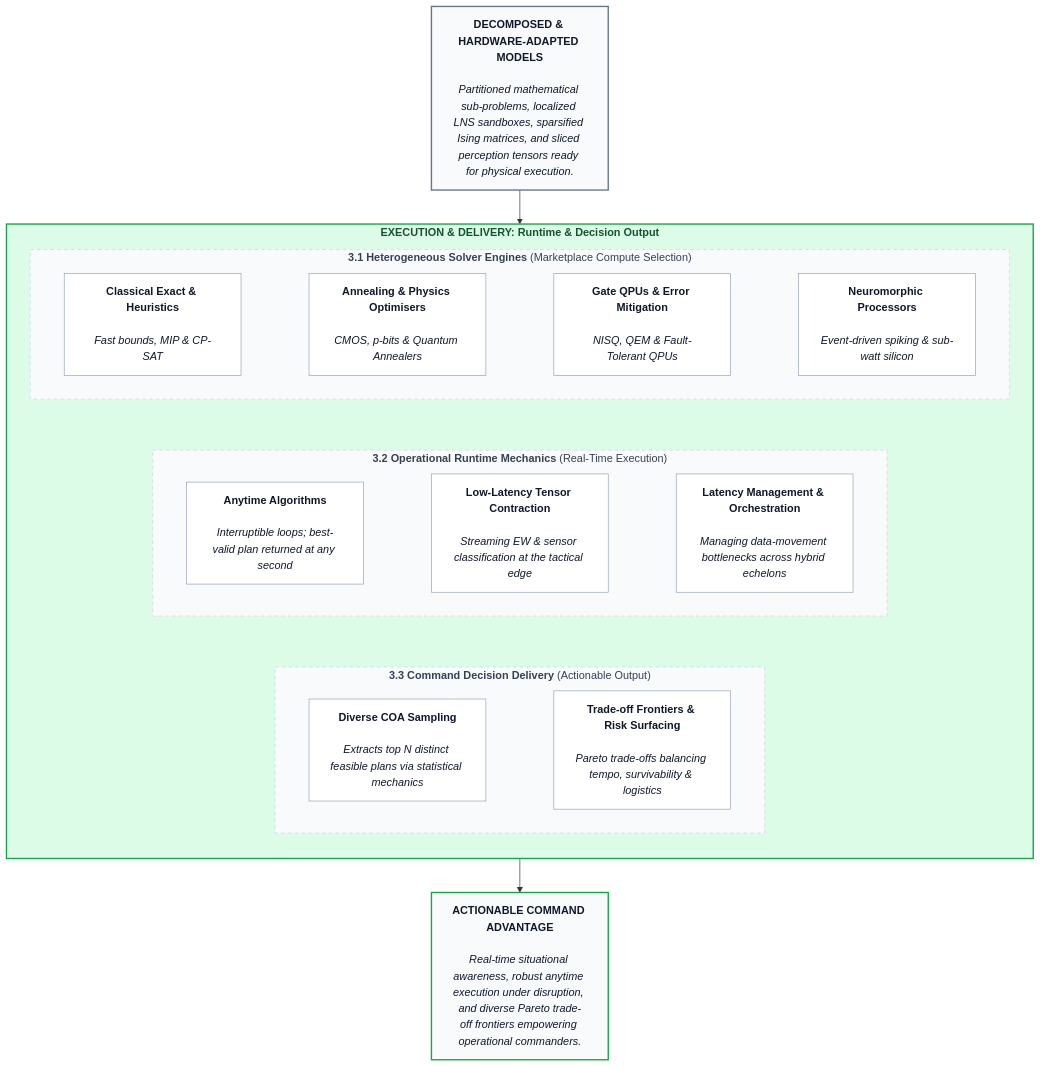
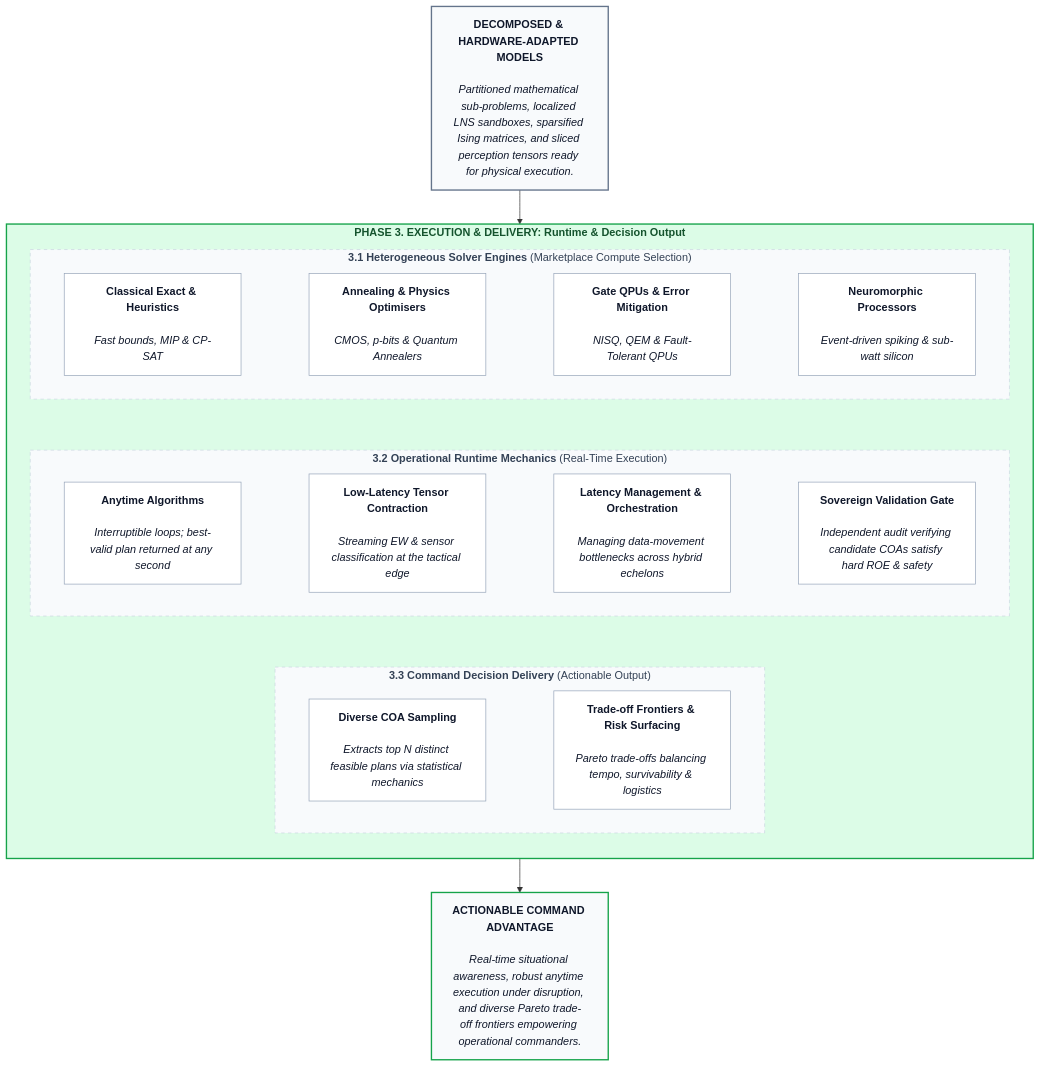
One commit to baddogdown/knowledge changed the sixth of 6 diagrams in quantum/The_Emergent_Algorithmic_Bridge.md. Above: the diagram before and after it, drawn with Mermaid. The commit also changed other lines of this file, not shown here.

Commit message:
Updates to 3 phase algo bridge

````diff
--- a/quantum/The_Emergent_Algorithmic_Bridge.md
+++ b/quantum/The_Emergent_Algorithmic_Bridge.md
@@ -856,64 +857,66 @@
 ```mermaid
 flowchart TB
 
     INBOUND["<b>DECOMPOSED & HARDWARE-ADAPTED MODELS</b><br/><br/><i>Partitioned mathematical sub-problems, localized LNS sandboxes, sparsified Ising matrices, and sliced perception tensors ready for physical execution.</i>"]
     
     OUTBOUND["<b>ACTIONABLE COMMAND ADVANTAGE</b><br/><br/><i>Real-time situational awareness, robust anytime execution under disruption, and diverse Pareto trade-off frontiers empowering operational commanders.</i>"]
 
-    subgraph EXEC_DELIVERY ["<b>EXECUTION & DELIVERY: Runtime & Decision Output</b>"]
+    subgraph EXEC_DELIVERY ["<b>PHASE 3. EXECUTION & DELIVERY: Runtime & Decision Output</b>"]
         direction TB
 
         %% Row 1: Section 3.1 Bullets (Compute Selection)
         subgraph SEC31 ["<b>3.1 Heterogeneous Solver Engines</b> (Marketplace Compute Selection)"]
             direction LR
             E1["<b>Classical Exact & Heuristics</b><br/><br/><i>Fast bounds, MIP & CP-SAT</i>"]
             E2["<b>Annealing & Physics Optimisers</b><br/><br/><i>CMOS, p-bits & Quantum Annealers</i>"]
             E3["<b>Gate QPUs & Error Mitigation</b><br/><br/><i>NISQ, QEM & Fault-Tolerant QPUs</i>"]
             E4["<b>Neuromorphic Processors</b><br/><br/><i>Event-driven spiking & sub-watt silicon</i>"]
             E1 ~~~ E2 ~~~ E3 ~~~ E4
         end
 
         %% Row 2: Section 3.2 Bullets (Runtime Mechanics)
         subgraph SEC32 ["<b>3.2 Operational Runtime Mechanics</b> (Real-Time Execution)"]
             direction LR
             R1["<b>Anytime Algorithms</b><br/><br/><i>Interruptible loops; best-valid plan returned at any second</i>"]
             R2["<b>Low-Latency Tensor Contraction</b><br/><br/><i>Streaming EW & sensor classification at the tactical edge</i>"]
             R3["<b>Latency Management & Orchestration</b><br/><br/><i>Managing data-movement bottlenecks across hybrid echelons</i>"]
-            R1 ~~~ R2 ~~~ R3
+            R4["<b>Sovereign Validation Gate</b><br/><br/><i>Independent audit verifying candidate COAs satisfy hard ROE & safety</i>"]
+            R1 ~~~ R2 ~~~ R3 ~~~ R4
         end
 
         %% Row 3: Section 3.3 Bullets (Actionable Command Output)
         subgraph SEC33 ["<b>3.3 Command Decision Delivery</b> (Actionable Output)"]
             direction LR
             D1["<b>Diverse COA Sampling</b><br/><br/><i>Extracts top N distinct feasible plans via statistical mechanics</i>"]
             D2["<b>Trade-off Frontiers & Risk Surfacing</b><br/><br/><i>Pareto trade-offs balancing tempo, survivability & logistics</i>"]
             D1 ~~~ D2
         end
 
         SEC31 ~~~ SEC32 ~~~ SEC33
     end
 
     INBOUND --> EXEC_DELIVERY
     EXEC_DELIVERY --> OUTBOUND
 
     %% Styling
     style INBOUND fill:#f8fafc,stroke:#64748b,stroke-width:2px,color:#0f172a
     style OUTBOUND fill:#f8fafc,stroke:#16a34a,stroke-width:2px,color:#0f172a
 
     style EXEC_DELIVERY fill:#dcfce7,stroke:#16a34a,stroke-width:2px,color:#14532d
     style SEC31 fill:#f8fafc,stroke:#cbd5e1,stroke-width:1px,stroke-dasharray: 5 5,color:#334155
     style SEC32 fill:#f8fafc,stroke:#cbd5e1,stroke-width:1px,stroke-dasharray: 5 5,color:#334155
     style SEC33 fill:#f8fafc,stroke:#cbd5e1,stroke-width:1px,stroke-dasharray: 5 5,color:#334155
 
     style E1 fill:#ffffff,stroke:#94a3b8,stroke-width:1px,color:#0f172a
     style E2 fill:#ffffff,stroke:#94a3b8,stroke-width:1px,color:#0f172a
     style E3 fill:#ffffff,stroke:#94a3b8,stroke-width:1px,color:#0f172a
     style E4 fill:#ffffff,stroke:#94a3b8,stroke-width:1px,color:#0f172a
 
     style R1 fill:#ffffff,stroke:#94a3b8,stroke-width:1px,color:#0f172a
     style R2 fill:#ffffff,stroke:#94a3b8,stroke-width:1px,color:#0f172a
     style R3 fill:#ffffff,stroke:#94a3b8,stroke-width:1px,color:#0f172a
+    style R4 fill:#ffffff,stroke:#94a3b8,stroke-width:1px,color:#0f172a
 
     style D1 fill:#ffffff,stroke:#94a3b8,stroke-width:1px,color:#0f172a
     style D2 fill:#ffffff,stroke:#94a3b8,stroke-width:1px,color:#0f172a
 ```
````
